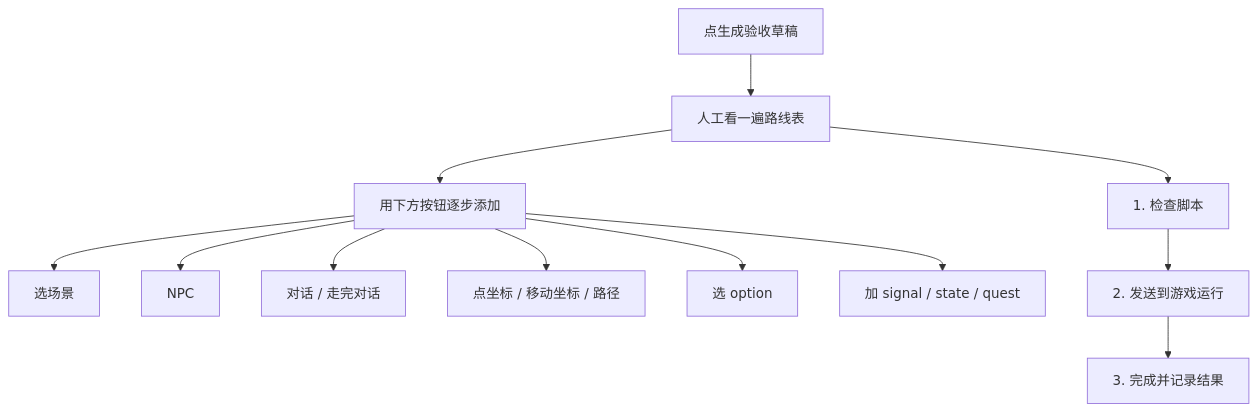
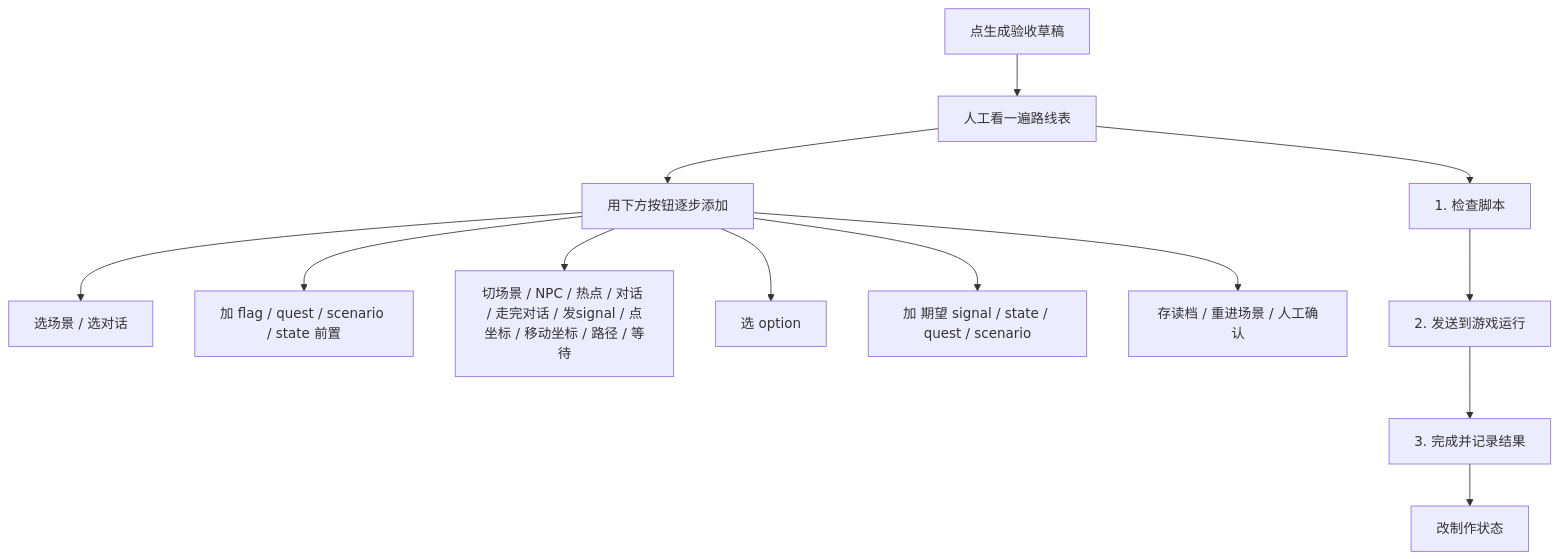
Before and after one commit to wubugui/GDoc: the diagram in docs/editors/workbench/story-unit.md, drawn with Mermaid. The commit also changed other lines of this file and 112 other files, not shown here.

````diff
--- a/docs/editors/workbench/story-unit.md
+++ b/docs/editors/workbench/story-unit.md
@@ -76,14 +54,15 @@
 ```mermaid
 flowchart TB
     START[点生成验收草稿] --> REVIEW[人工看一遍路线表]
     REVIEW --> ADD[用下方按钮逐步添加]
-    ADD --> SC[选场景]
-    ADD --> NPC[NPC]
-    ADD --> DLG[对话 / 走完对话]
-    ADD --> POS[点坐标 / 移动坐标 / 路径]
+    ADD --> SC[选场景 / 选对话]
+    ADD --> SETUP[加 flag / quest / scenario / state 前置]
+    ADD --> STEP[切场景 / NPC / 热点 / 对话 / 走完对话 / 发signal / 点坐标 / 移动坐标 / 路径 / 等待]
     ADD --> OPT[选 option]
-    ADD --> SIG[加 signal / state / quest]
-    REVIEW --> CHECK[1. 检查脚本]
-    CHECK --> RUN[2. 发送到游戏运行]
-    RUN --> DONE[3. 完成并记录结果]
+    ADD --> EXP[加 期望 signal / state / quest / scenario]
+    ADD --> CHK[存读档 / 重进场景 / 人工确认]
+    REVIEW --> RUN1[1. 检查脚本]
+    RUN1 --> RUN2[2. 发送到游戏运行]
+    RUN2 --> RUN3[3. 完成并记录结果]
+    RUN3 --> STATUS[改制作状态]
 ```
````
